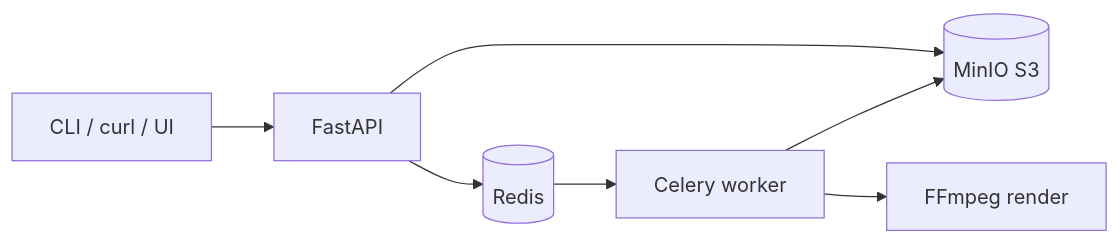
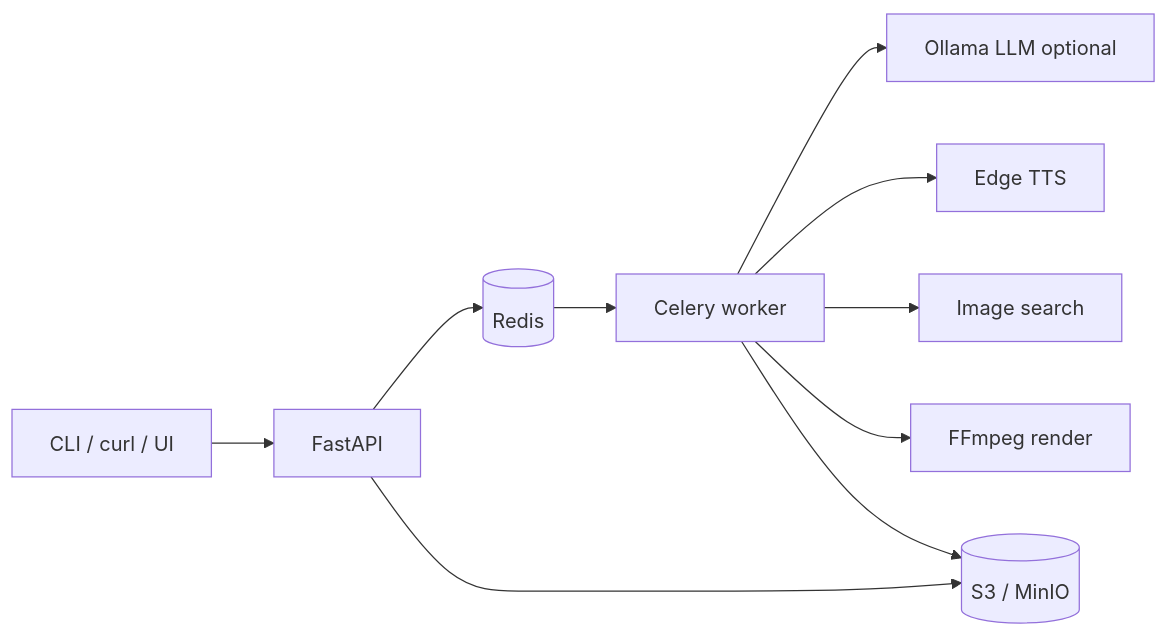
The diagram in README.md (hemanthtadikonda/Grandma-s_Storytime), drawn with Mermaid before and after one commit. The commit also changed other lines of this file and 6 other files, not shown here.

````diff
--- a/README.md
+++ b/README.md
@@ -11,9 +13,12 @@
 ```mermaid
 flowchart LR
   Client[CLI / curl / UI] --> API[FastAPI]
   API --> Redis[(Redis)]
-  API --> MinIO[(MinIO S3)]
+  API --> S3[(S3 / MinIO)]
   Redis --> Worker[Celery worker]
-  Worker --> MinIO
+  Worker --> Ollama[Ollama LLM optional]
+  Worker --> EdgeTTS[Edge TTS]
+  Worker --> Images[Image search]
   Worker --> FFmpeg[FFmpeg render]
+  Worker --> S3
 ```
````
